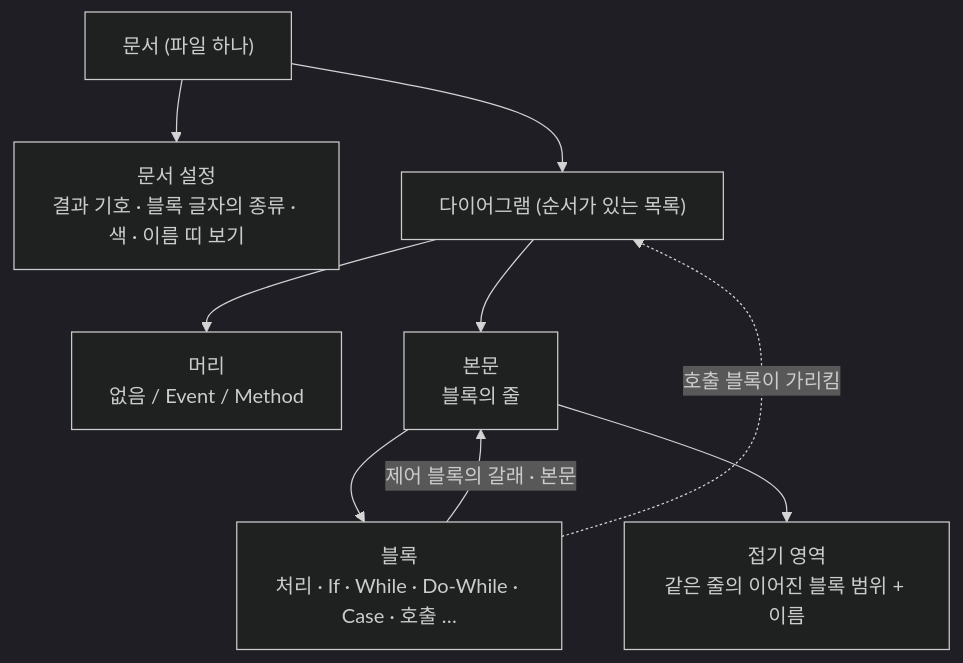
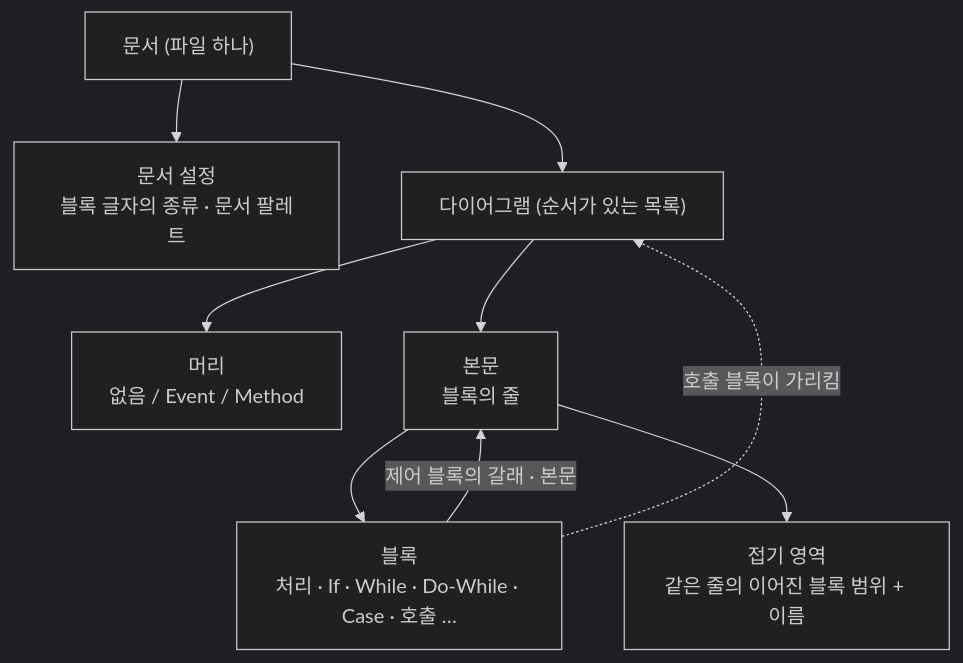
Before and after one commit to reddiana/AriadneNSD: the third of 5 diagrams in docs/03-architecture/03-architecture.md, drawn with Mermaid (dark theme). The commit also changed other lines of this file and 3 other files, not shown here.

Commit message:
정합성: 파일 형식 명세를 아키텍처 초안에 맞춰 다시 씀(문서 · 다이어그램 · 보기 상태 · 글꼴 조각 · 종이 · 프로토타입과 다른 곳), 용어집 다시 씀, 아키텍처의 결과 기호 · 이름 띠는 보기 상태로, ADR-0028 이후 변경, 깨진 링크 하나

````diff
--- a/docs/03-architecture/03-architecture.md
+++ b/docs/03-architecture/03-architecture.md
@@ -114,18 +114,18 @@
 ```mermaid
 flowchart TB
     doc["문서 (파일 하나)"]
-    set["문서 설정<br/>결과 기호 · 블록 글자의 종류 · 색 · 이름 띠 보기"]
+    set["문서 설정<br/>블록 글자의 종류 · 문서 팔레트"]
     dia["다이어그램 (순서가 있는 목록)"]
     head["머리<br/>없음 / Event / Method"]
     body["본문<br/>블록의 줄"]
     blk["블록<br/>처리 · If · While · Do-While · Case · 호출 …"]
     fold["접기 영역<br/>같은 줄의 이어진 블록 범위 + 이름"]
     doc --> set
     doc --> dia
     dia --> head
     dia --> body
     body --> blk
     body --> fold
     blk -->|제어 블록의 갈래 · 본문| body
     blk -.호출 블록이 가리킴.-> dia
 ```
````
